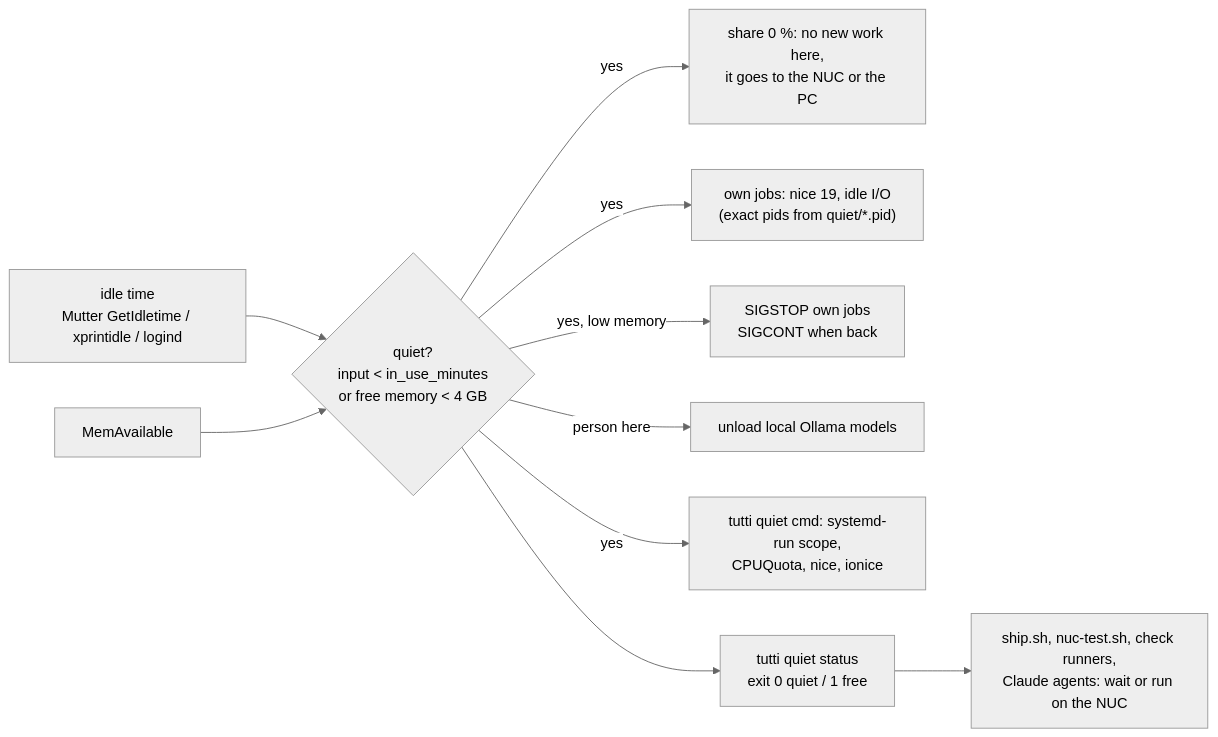
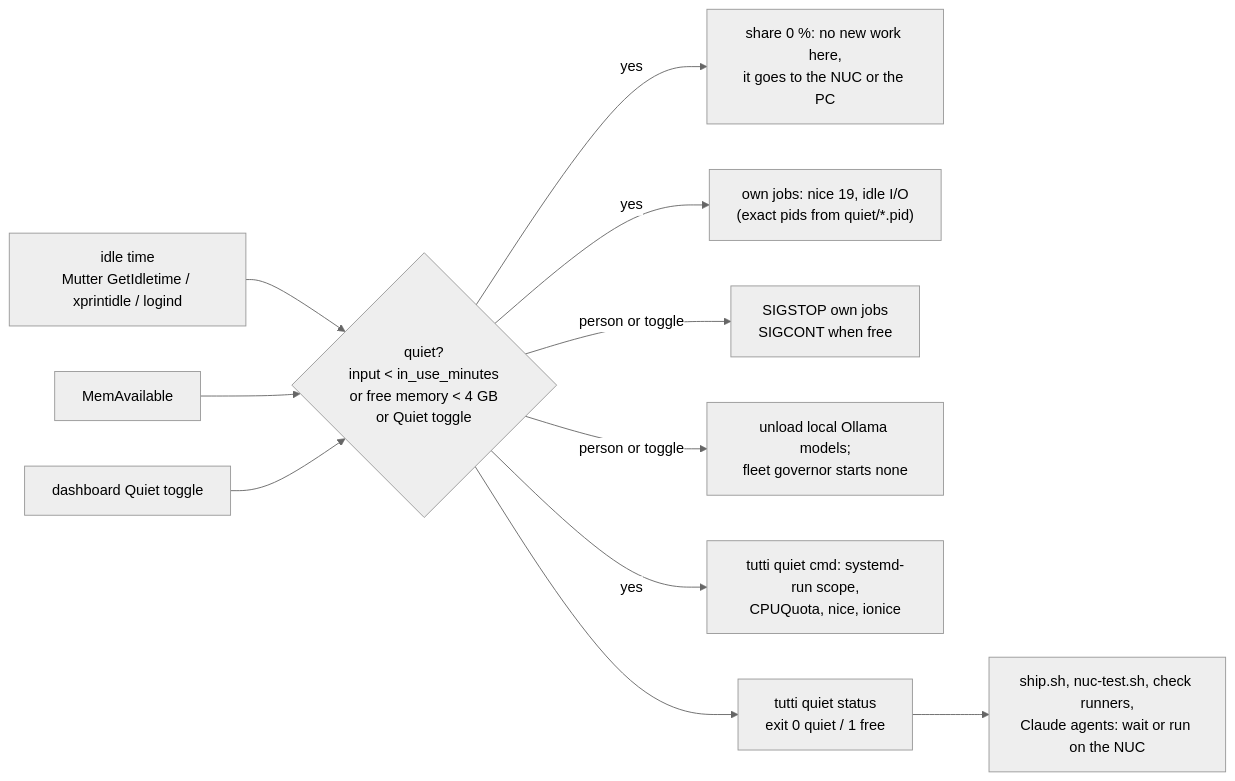
The sixth of 6 diagrams in docs/ARCHITECTURE.md (ventura8/Tutti), drawn with Mermaid (neutral theme) before and after one commit. The commit also changed other lines of this file and 20 other files, not shown here.

````diff
--- a/docs/ARCHITECTURE.md
+++ b/docs/ARCHITECTURE.md
@@ -224,12 +225,13 @@
 ```mermaid
 flowchart LR
-    idle["idle time<br/>Mutter GetIdletime / xprintidle / logind"] --> st{"quiet?<br/>input < in_use_minutes<br/>or free memory < 4 GB"}
+    idle["idle time<br/>Mutter GetIdletime / xprintidle / logind"] --> st{"quiet?<br/>input < in_use_minutes<br/>or free memory < 4 GB<br/>or Quiet toggle"}
     mem["MemAvailable"] --> st
+    toggle["dashboard Quiet toggle"] --> st
     st -- yes --> share["share 0 %: no new work here,<br/>it goes to the NUC or the PC"]
     st -- yes --> calm["own jobs: nice 19, idle I/O<br/>(exact pids from quiet/*.pid)"]
-    st -- "yes, low memory" --> stop["SIGSTOP own jobs<br/>SIGCONT when back"]
-    st -- "person here" --> ollama["unload local Ollama models"]
+    st -- "person or toggle" --> stop["SIGSTOP own jobs<br/>SIGCONT when free"]
+    st -- "person or toggle" --> ollama["unload local Ollama models;<br/>fleet governor starts none"]
     st -- yes --> wrap["tutti quiet cmd: systemd-run scope,<br/>CPUQuota, nice, ionice"]
     st --> sig["tutti quiet status<br/>exit 0 quiet / 1 free"]
     sig --> tools["ship.sh, nuc-test.sh, check runners,<br/>Claude agents: wait or run on the NUC"]
 ```
````
